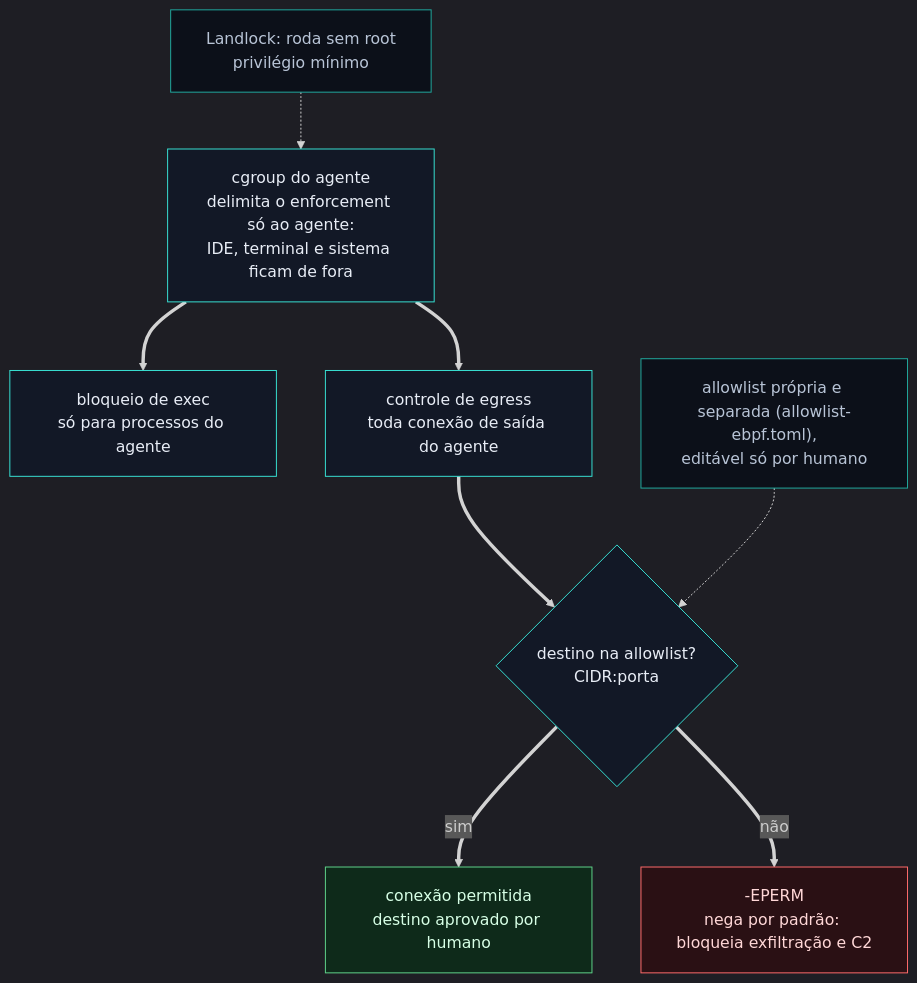
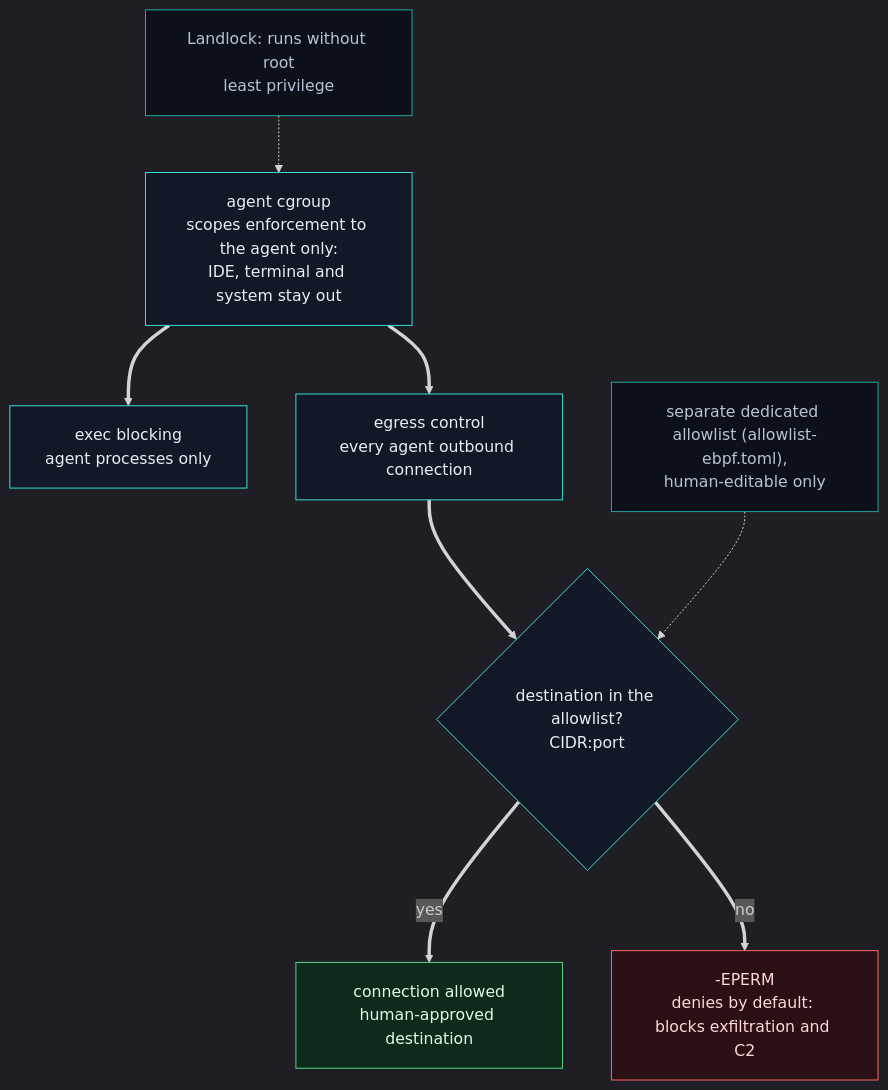
The diagram in onboarding/diagramas/3-confinamento-kernel-egress.mmd (feryamaha/Nemesis_Defender_v0), drawn with Mermaid before and after one commit. The commit also changed 67 other files, not shown here.

```diff
--- a/onboarding/diagramas/3-confinamento-kernel-egress.mmd
+++ b/onboarding/diagramas/3-confinamento-kernel-egress.mmd
@@ -1,19 +1,19 @@
 %%{init: {"theme":"dark", "flowchart": {"htmlLabels": true, "curve": "basis", "padding": 18, "nodeSpacing": 50, "rankSpacing": 58}}}%%
 flowchart TB
-LL["Landlock: roda sem root<br/>privilégio mínimo"] -.-> CG
-CG["cgroup do agente<br/>delimita o enforcement só ao agente:<br/>IDE, terminal e sistema ficam de fora"]
-CG ==> EX["bloqueio de exec<br/>só para processos do agente"]
-CG ==> EG["controle de egress<br/>toda conexão de saída do agente"]
-EG ==> AL{"destino na allowlist?<br/>CIDR:porta"}
-AL ==>|"sim"| PASS["conexão permitida<br/>destino aprovado por humano"]
-AL ==>|"não"| DENY["-EPERM<br/>nega por padrão: bloqueia exfiltração e C2"]
-NOTE["allowlist própria e separada (allowlist-ebpf.toml),<br/>editável só por humano"] -.-> AL
+LL["Landlock: runs without root<br/>least privilege"] -.-> CG
+CG["agent cgroup<br/>scopes enforcement to the agent only:<br/>IDE, terminal and system stay out"]
+CG ==> EX["exec blocking<br/>agent processes only"]
+CG ==> EG["egress control<br/>every agent outbound connection"]
+EG ==> AL{"destination in the allowlist?<br/>CIDR:port"}
+AL ==>|"yes"| PASS["connection allowed<br/>human-approved destination"]
+AL ==>|"no"| DENY["-EPERM<br/>denies by default: blocks exfiltration and C2"]
+NOTE["separate dedicated allowlist (allowlist-ebpf.toml),<br/>human-editable only"] -.-> AL
 
 classDef ok fill:#0e2a1a,stroke:#5fd38a,color:#d7ffe6;
 classDef blk fill:#2a1014,stroke:#ff6b6b,color:#ffd7d7;
 classDef step fill:#121826,stroke:#38e1d3,color:#e8edf6;
 classDef note fill:#0c1019,stroke:#21a99e,color:#b8c4d6;
 class CG,EX,EG,AL step;
 class PASS ok;
 class DENY blk;
 class LL,NOTE note;
```
